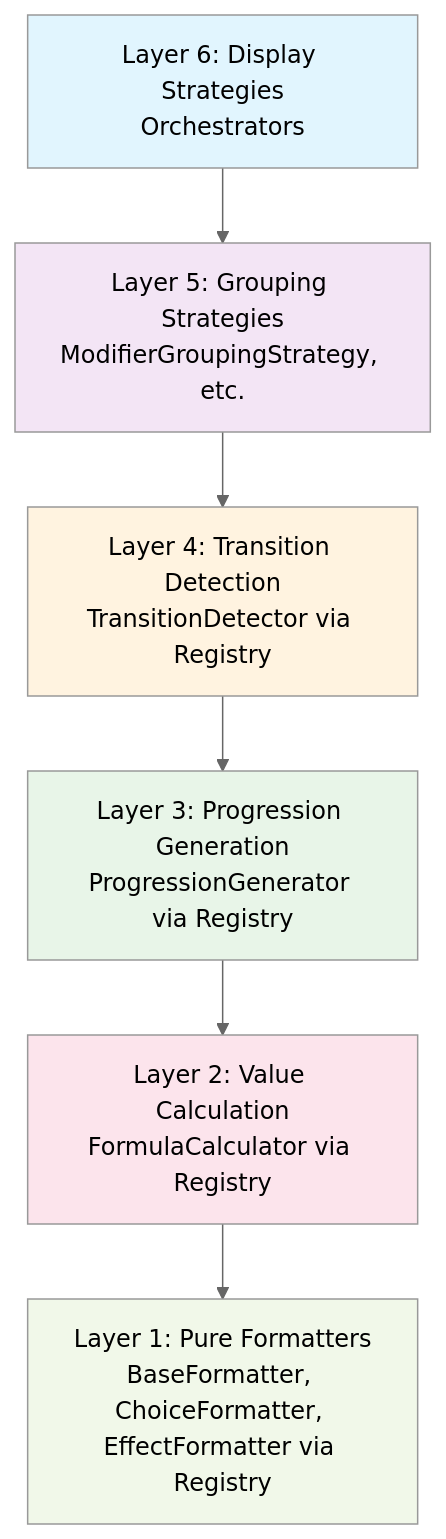
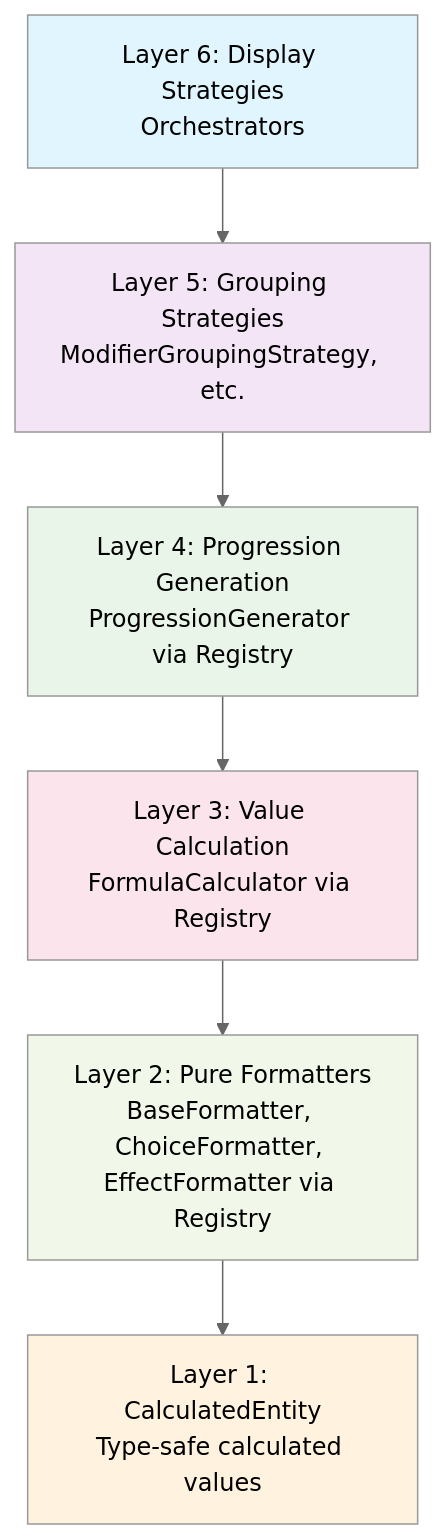
One commit to Cezero/dnd_tools changed the first of 5 diagrams in packages/shared/docs/feature-system/formatting/README.md. Above: the diagram before and after it, drawn with Mermaid (neutral theme). The commit also changed other lines of this file and 92 other files, not shown here.

````diff
--- a/packages/shared/docs/feature-system/formatting/README.md
+++ b/packages/shared/docs/feature-system/formatting/README.md
@@ -53,15 +57,15 @@
 ```mermaid
 graph TD
     L6[Layer 6: Display Strategies<br/>Orchestrators] --> L5[Layer 5: Grouping Strategies<br/>ModifierGroupingStrategy, etc.]
-    L5 --> L4[Layer 4: Transition Detection<br/>TransitionDetector via Registry]
-    L4 --> L3[Layer 3: Progression Generation<br/>ProgressionGenerator via Registry]
-    L3 --> L2[Layer 2: Value Calculation<br/>FormulaCalculator via Registry]
-    L2 --> L1[Layer 1: Pure Formatters<br/>BaseFormatter, ChoiceFormatter, EffectFormatter via Registry]
+    L5 --> L4[Layer 4: Progression Generation<br/>ProgressionGenerator via Registry]
+    L4 --> L3[Layer 3: Value Calculation<br/>FormulaCalculator via Registry]
+    L3 --> L2[Layer 2: Pure Formatters<br/>BaseFormatter, ChoiceFormatter, EffectFormatter via Registry]
+    L2 --> L1[Layer 1: CalculatedEntity<br/>Type-safe calculated values]
     
     style L6 fill:#e1f5fe
     style L5 fill:#f3e5f5
-    style L4 fill:#fff3e0
-    style L3 fill:#e8f5e8
-    style L2 fill:#fce4ec
-    style L1 fill:#f1f8e9
+    style L4 fill:#e8f5e8
+    style L3 fill:#fce4ec
+    style L2 fill:#f1f8e9
+    style L1 fill:#fff3e0
 ```
````
